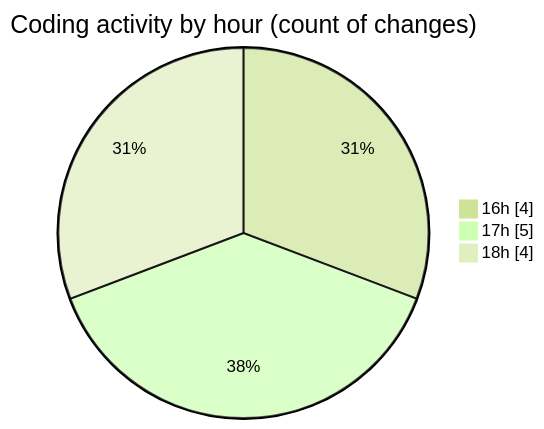
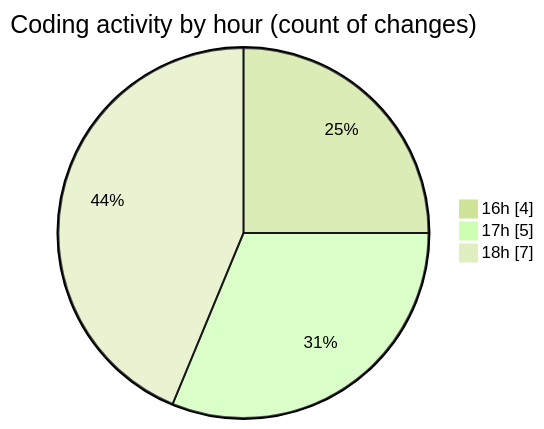
One commit to EIIisD/code-tracking changed the second of 2 diagrams in 2025-07-12/cursor-openrouter-proxy/README.md. Above: the diagram before and after it, drawn with Mermaid (forest theme). The commit also changed other lines of this file and 1 other file, not shown here.

````diff
--- a/2025-07-12/cursor-openrouter-proxy/README.md
+++ b/2025-07-12/cursor-openrouter-proxy/README.md
@@ -33,7 +37,7 @@
 ```mermaid
 pie showData
 title Coding activity by hour (count of changes)
 "16h" : 4
 "17h" : 5
-"18h" : 4
+"18h" : 7
 ```
````
